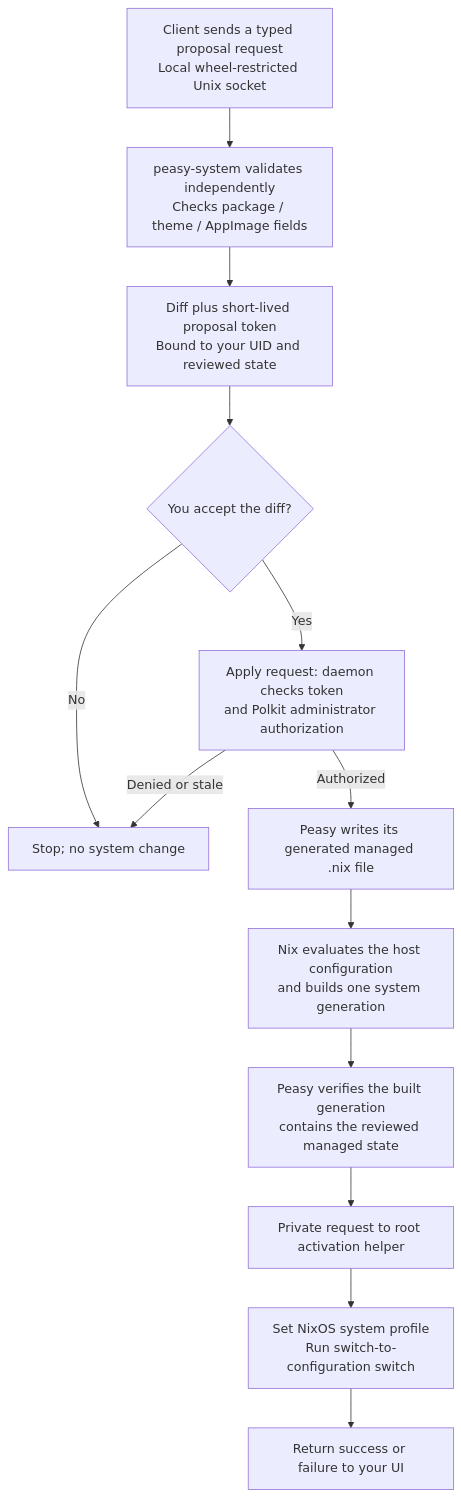
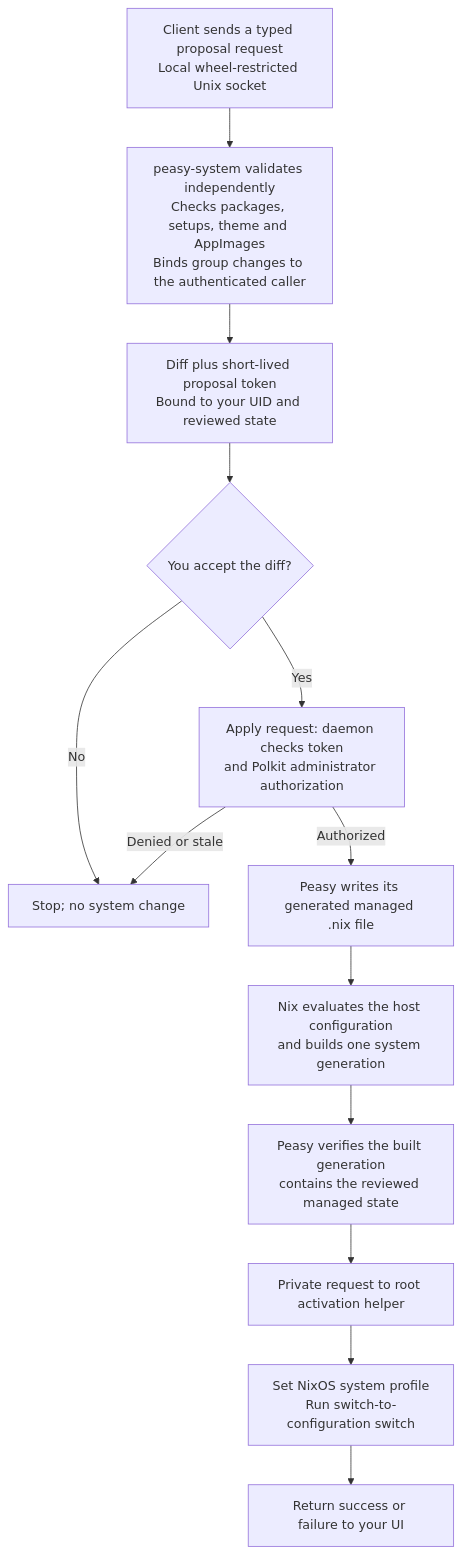
The second of 2 diagrams in docs/workflow-map.md (lnbits/peasy), drawn with Mermaid before and after one commit. The commit also changed other lines of this file and 89 other files, not shown here.

````diff
--- a/docs/workflow-map.md
+++ b/docs/workflow-map.md
@@ -63,16 +66,16 @@
 ```mermaid
 flowchart TD
     typed["Client sends a typed proposal request<br/>Local wheel-restricted Unix socket"]
-    typed --> daemon["peasy-system validates independently<br/>Checks package / theme / AppImage fields"]
+    typed --> daemon["peasy-system validates independently<br/>Checks packages, setups, theme and AppImages<br/>Binds group changes to the authenticated caller"]
     daemon --> proposal["Diff plus short-lived proposal token<br/>Bound to your UID and reviewed state"]
     proposal --> user{"You accept the diff?"}
     user -->|No| stop["Stop; no system change"]
     user -->|Yes| auth["Apply request: daemon checks token<br/>and Polkit administrator authorization"]
     auth -->|Denied or stale| stop
     auth -->|Authorized| source["Peasy writes its generated managed .nix file"]
     source --> nix["Nix evaluates the host configuration<br/>and builds one system generation"]
     nix --> check["Peasy verifies the built generation<br/>contains the reviewed managed state"]
     check --> helper["Private request to root activation helper"]
     helper --> activate["Set NixOS system profile<br/>Run switch-to-configuration switch"]
     activate --> result["Return success or failure to your UI"]
 ```
````
